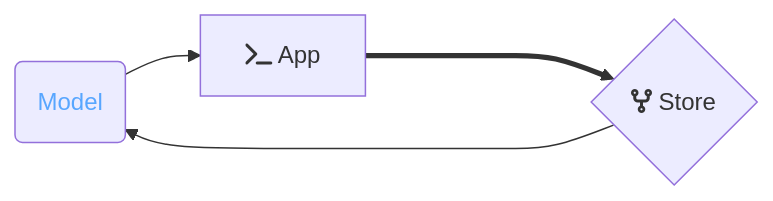
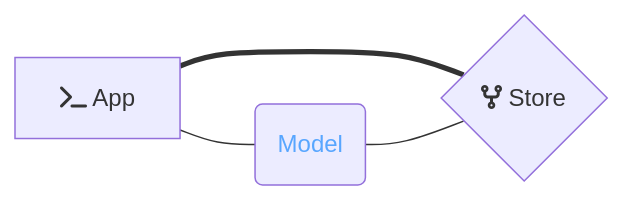
Before and after one commit to emberjs/data: the second of 2 diagrams in packages/store/README.md, drawn with Mermaid. The commit also changed other lines of this file and 22 other files, not shown here.

````diff
--- a/packages/store/README.md
+++ b/packages/store/README.md
@@ -38,9 +38,8 @@
 ```mermaid
 flowchart LR
-    B(Model) -->A[fa:fa-terminal App] 
-    A ====> C{fa:fa-code-fork Store}
-    C --> B
-
+    A[fa:fa-terminal App] --- B(Model)
+    A === C{fa:fa-code-fork Store}
+    B --- C
     click B href "https://github.com/emberjs/data/tree/master/packages/model" "Go to @ember-data/model" _blank
     style B color:#58a6ff;
 ```
````
